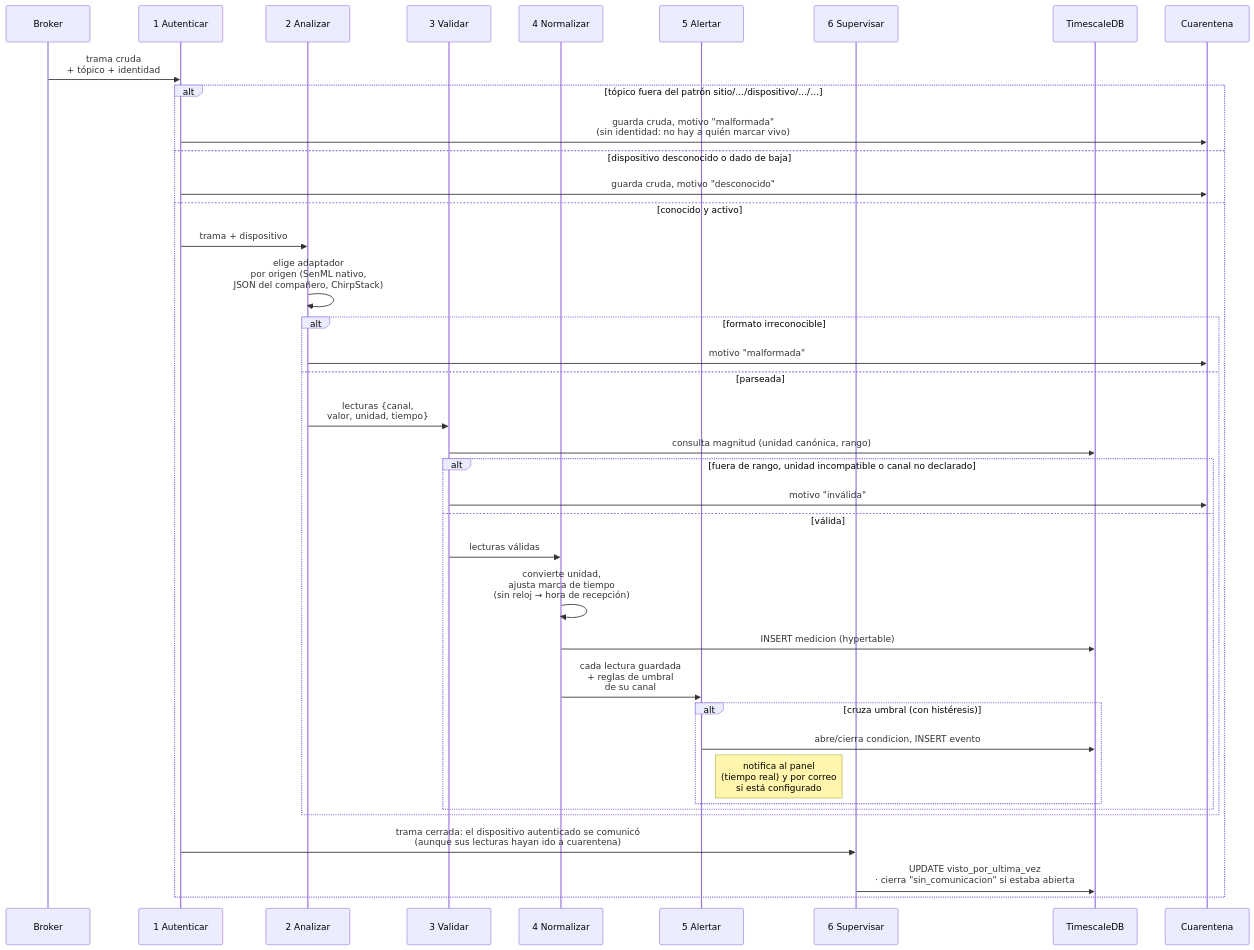
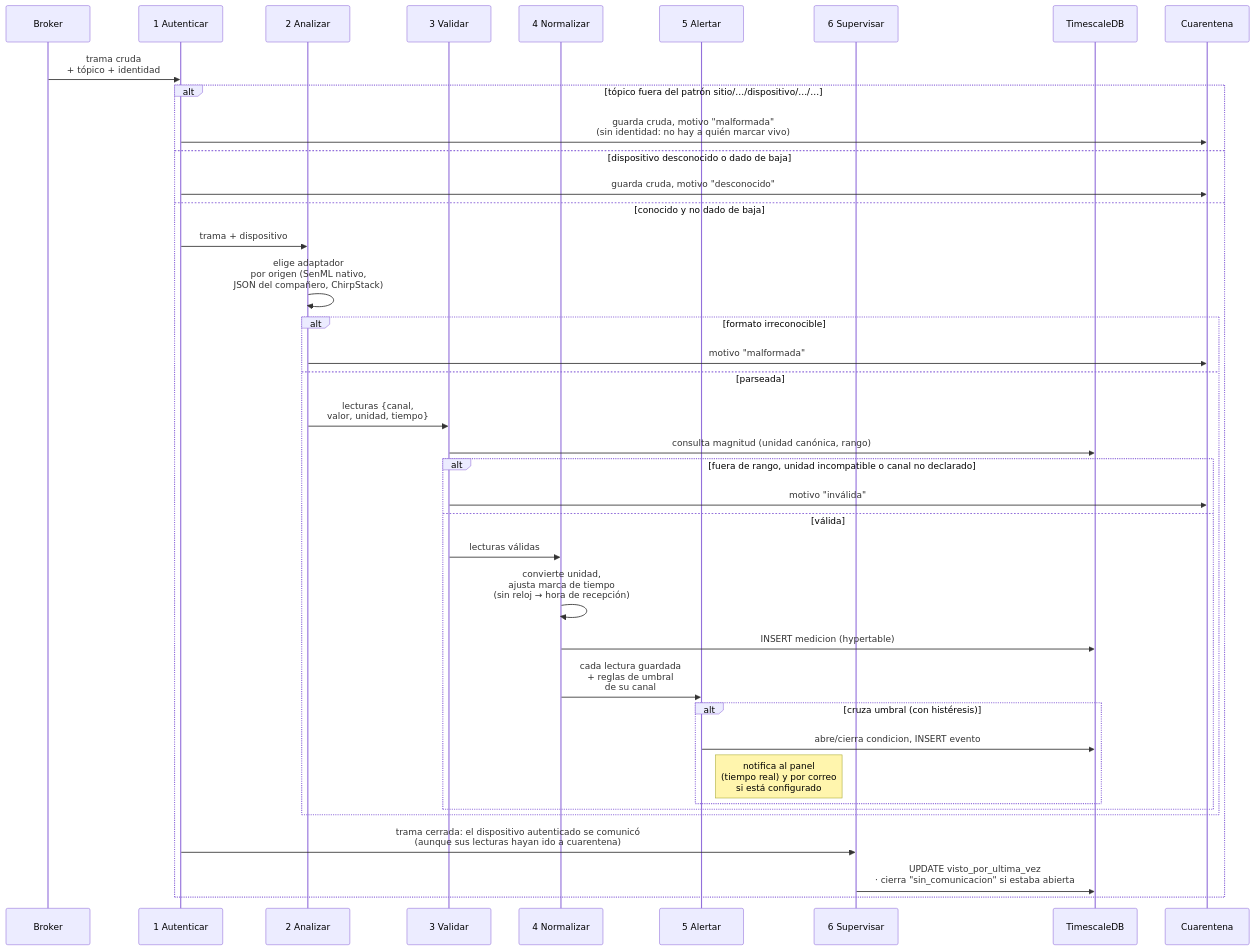
Before and after one commit to vicenterami/tesis: the diagram in informe-oficial/figuras/mermaid/sec-pipeline.mmd, drawn with Mermaid. The commit also changed 26 other files, not shown here.

```diff
--- a/informe-oficial/figuras/mermaid/sec-pipeline.mmd
+++ b/informe-oficial/figuras/mermaid/sec-pipeline.mmd
@@ -1,40 +1,40 @@
 sequenceDiagram
     participant MQ as Broker
     participant F1 as 1 Autenticar
     participant F2 as 2 Analizar
     participant F3 as 3 Validar
     participant F4 as 4 Normalizar
     participant F5 as 5 Alertar
     participant F6 as 6 Supervisar
     participant DB as TimescaleDB
     participant Q as Cuarentena
 
     MQ->>F1: trama cruda<br/>+ tópico + identidad
     alt tópico fuera del patrón sitio/…/dispositivo/…/…
         F1->>Q: guarda cruda, motivo "malformada"<br/>(sin identidad: no hay a quién marcar vivo)
     else dispositivo desconocido o dado de baja
         F1->>Q: guarda cruda, motivo "desconocido"
-    else conocido y activo
+    else conocido y no dado de baja
         F1->>F2: trama + dispositivo
         F2->>F2: elige adaptador<br/>por origen (SenML nativo,<br/>JSON del compañero, ChirpStack)
         alt formato irreconocible
             F2->>Q: motivo "malformada"
         else parseada
             F2->>F3: lecturas {canal,<br/>valor, unidad, tiempo}
             F3->>DB: consulta magnitud (unidad canónica, rango)
             alt fuera de rango, unidad incompatible o canal no declarado
                 F3->>Q: motivo "inválida"
             else válida
                 F3->>F4: lecturas válidas
                 F4->>F4: convierte unidad,<br/>ajusta marca de tiempo<br/>(sin reloj → hora de recepción)
                 F4->>DB: INSERT medicion (hypertable)
                 F4->>F5: cada lectura guardada<br/>+ reglas de umbral<br/>de su canal
                 alt cruza umbral (con histéresis)
                     F5->>DB: abre/cierra condicion, INSERT evento
                     Note right of F5: notifica al panel<br/>(tiempo real) y por correo<br/>si está configurado
                 end
             end
         end
         F1->>F6: trama cerrada: el dispositivo autenticado se comunicó<br/>(aunque sus lecturas hayan ido a cuarentena)
         F6->>DB: UPDATE visto_por_ultima_vez<br/>· cierra "sin_comunicacion" si estaba abierta
     end
```
